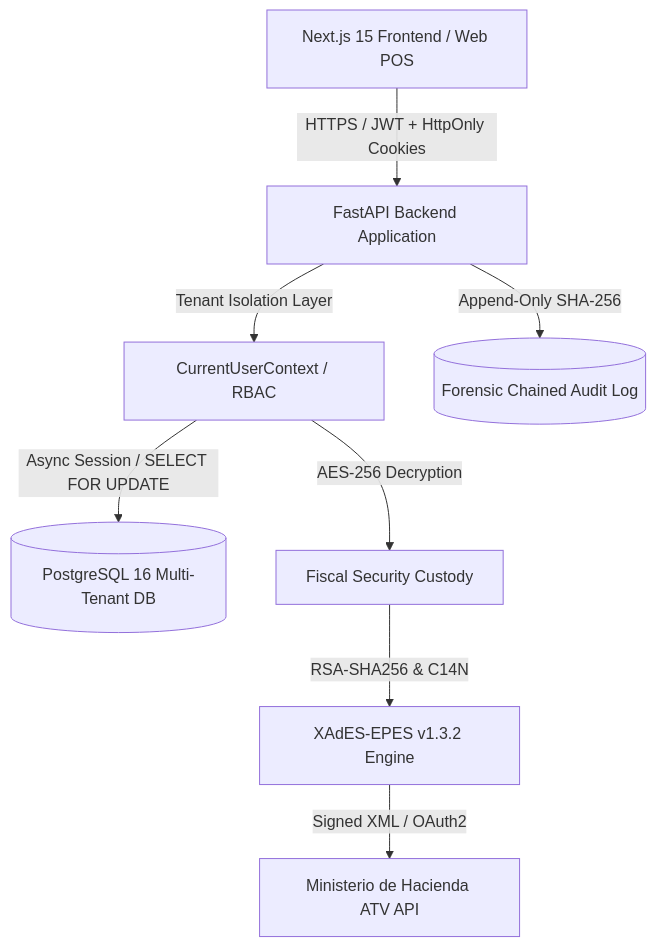
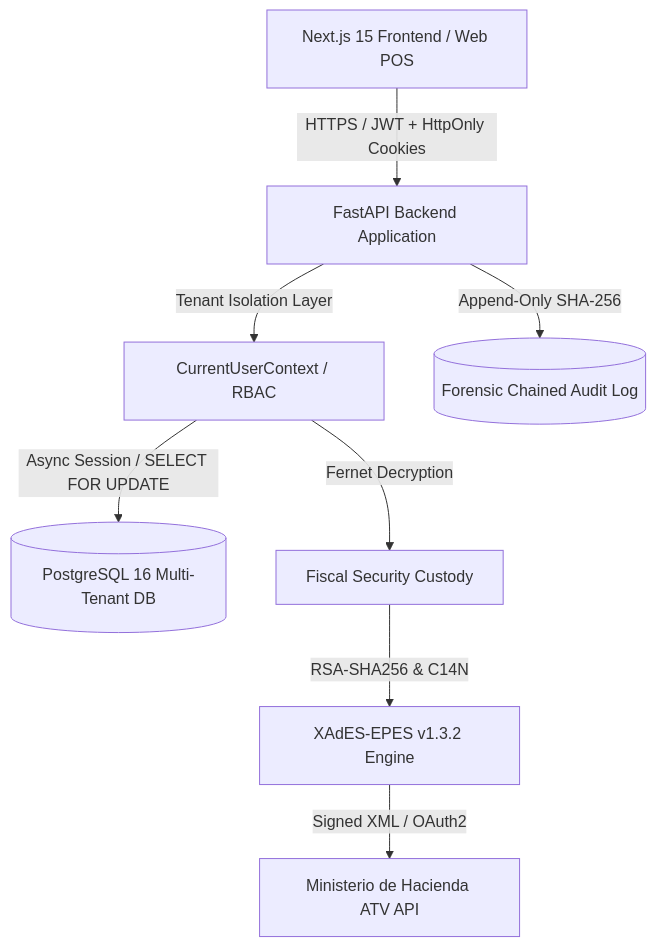
One commit to ElianTFY/orbitica-pos changed the diagram in ARCHITECTURE_PRODUCTION.md. Above: the diagram before and after it, drawn with Mermaid. The commit also changed other lines of this file and 115 other files, not shown here.

````diff
--- a/ARCHITECTURE_PRODUCTION.md
+++ b/ARCHITECTURE_PRODUCTION.md
@@ -7,10 +7,10 @@
 ```mermaid
 graph TD
     Client[Next.js 15 Frontend / Web POS] -->|HTTPS / JWT + HttpOnly Cookies| Gateway[FastAPI Backend Application]
     Gateway -->|Tenant Isolation Layer| Context[CurrentUserContext / RBAC]
     Context -->|Async Session / SELECT FOR UPDATE| DB[(PostgreSQL 16 Multi-Tenant DB)]
-    Context -->|AES-256 Decryption| HSM[Fiscal Security Custody]
+    Context -->|Fernet Decryption| HSM[Fiscal Security Custody]
     HSM -->|RSA-SHA256 & C14N| Signer[XAdES-EPES v1.3.2 Engine]
     Signer -->|Signed XML / OAuth2| ATV[Ministerio de Hacienda ATV API]
     Gateway -->|Append-Only SHA-256| Audit[(Forensic Chained Audit Log)]
 ```
````
